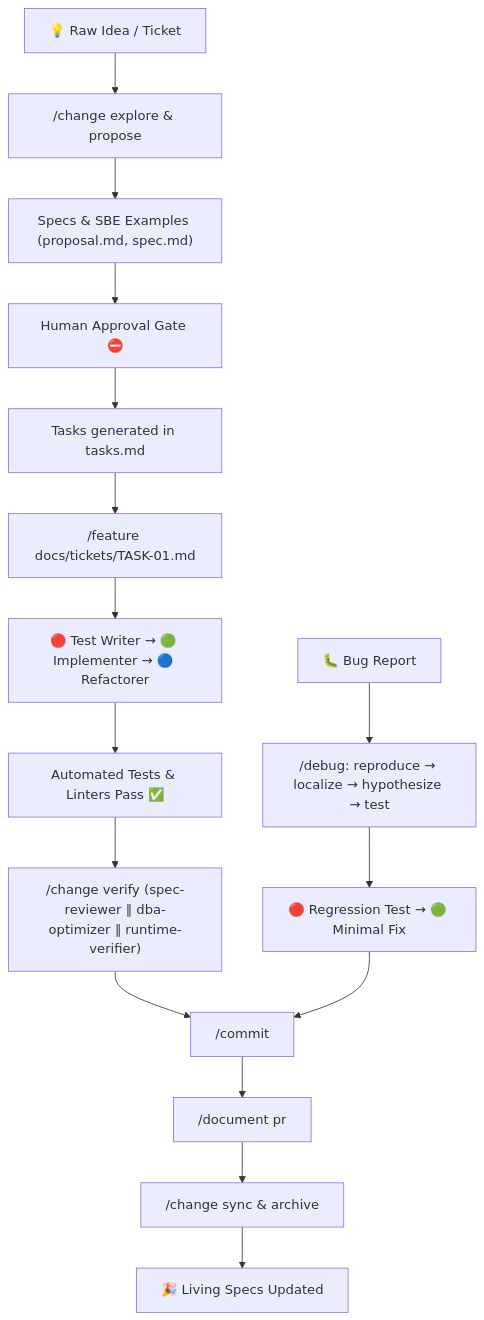
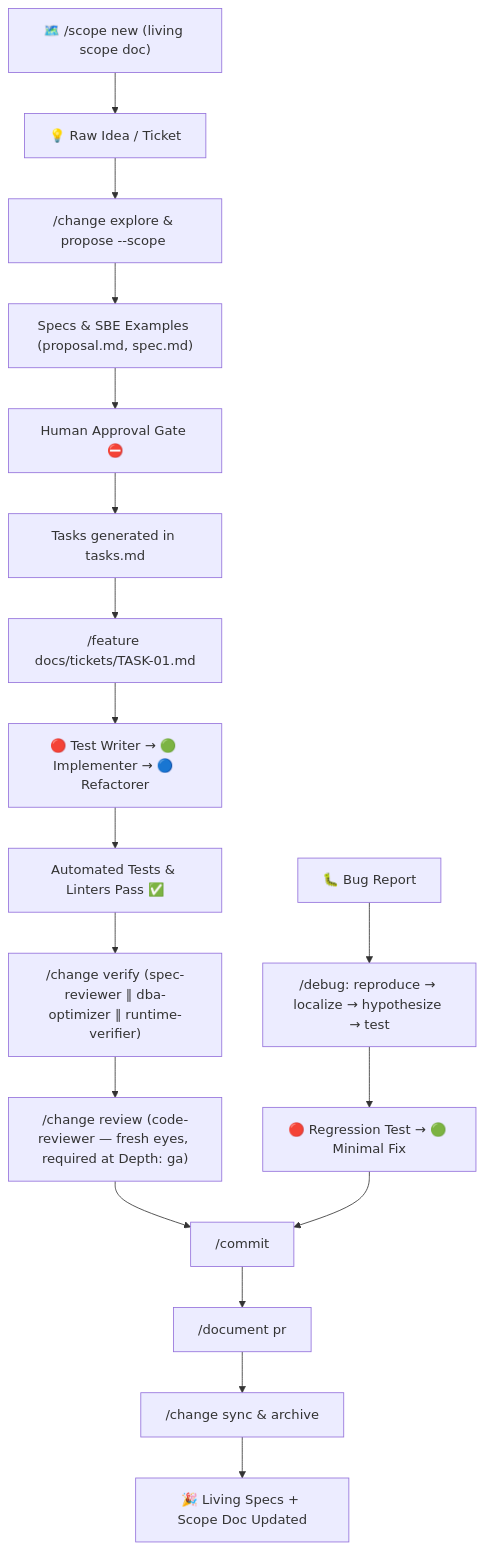
Before and after one commit to diegomottadev/workflow-ssd-plugin: the diagram in README.md, drawn with Mermaid. The commit also changed other lines of this file and 11 other files, not shown here.

First line of the commit message:
feat: add living scope docs, independent code review, and workflow depth tiers

````diff
--- a/README.md
+++ b/README.md
@@ -361,19 +387,21 @@
 ```mermaid
 flowchart TD
-    A["💡 Raw Idea / Ticket"] --> B["/change explore & propose"]
+    S["🗺️ /scope new (living scope doc)"] --> A["💡 Raw Idea / Ticket"]
+    A --> B["/change explore & propose --scope <slug>"]
     B --> C["Specs & SBE Examples (proposal.md, spec.md)"]
     C --> D["Human Approval Gate ⛔"]
     D --> E["Tasks generated in tasks.md"]
     E --> F["/feature docs/tickets/TASK-01.md"]
     F --> G["🔴 Test Writer → 🟢 Implementer → 🔵 Refactorer"]
     G --> H["Automated Tests & Linters Pass ✅"]
     H --> H2["/change verify (spec-reviewer ∥ dba-optimizer ∥ runtime-verifier)"]
-    H2 --> I["/commit"]
+    H2 --> H3["/change review (code-reviewer — fresh eyes, required at Depth: ga)"]
+    H3 --> I["/commit"]
     I --> I2["/document pr"]
     I2 --> J["/change sync & archive"]
-    J --> K["🎉 Living Specs Updated"]
+    J --> K["🎉 Living Specs + Scope Doc Updated"]
 
     L["🐛 Bug Report"] --> M["/debug: reproduce → localize → hypothesize → test"]
     M --> N["🔴 Regression Test → 🟢 Minimal Fix"]
     N --> I
 ```
````
